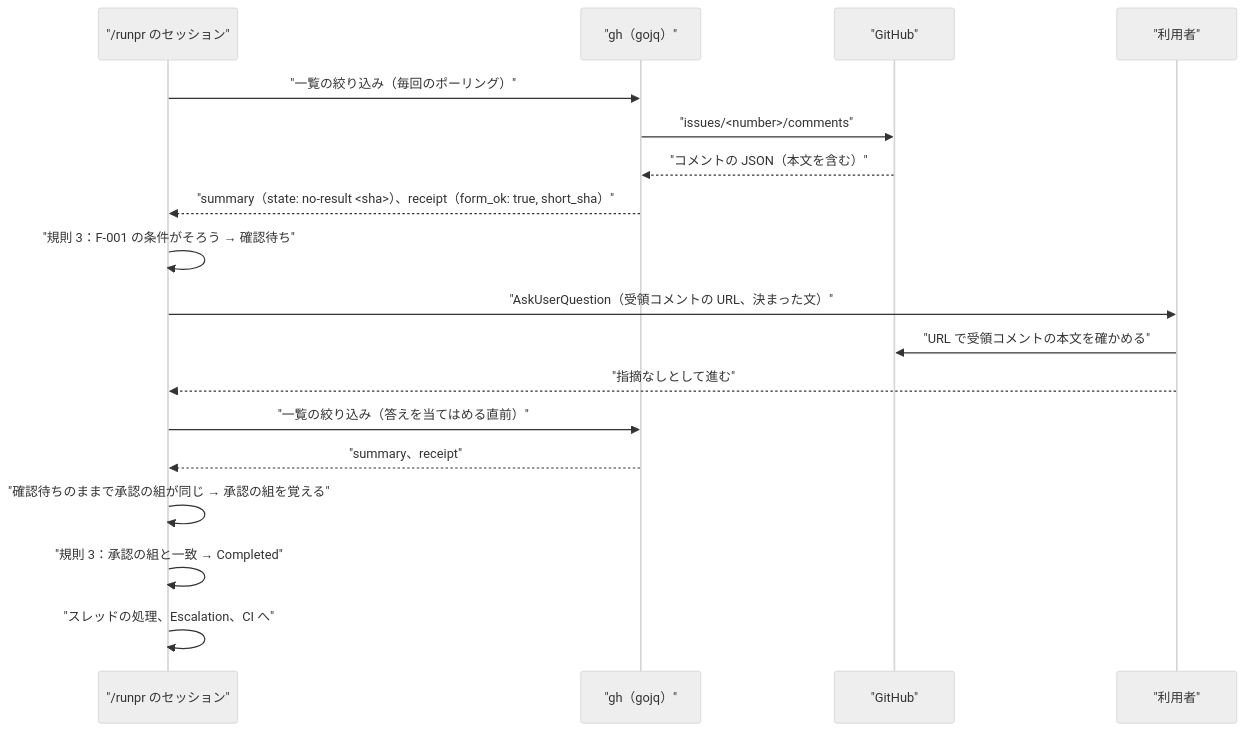
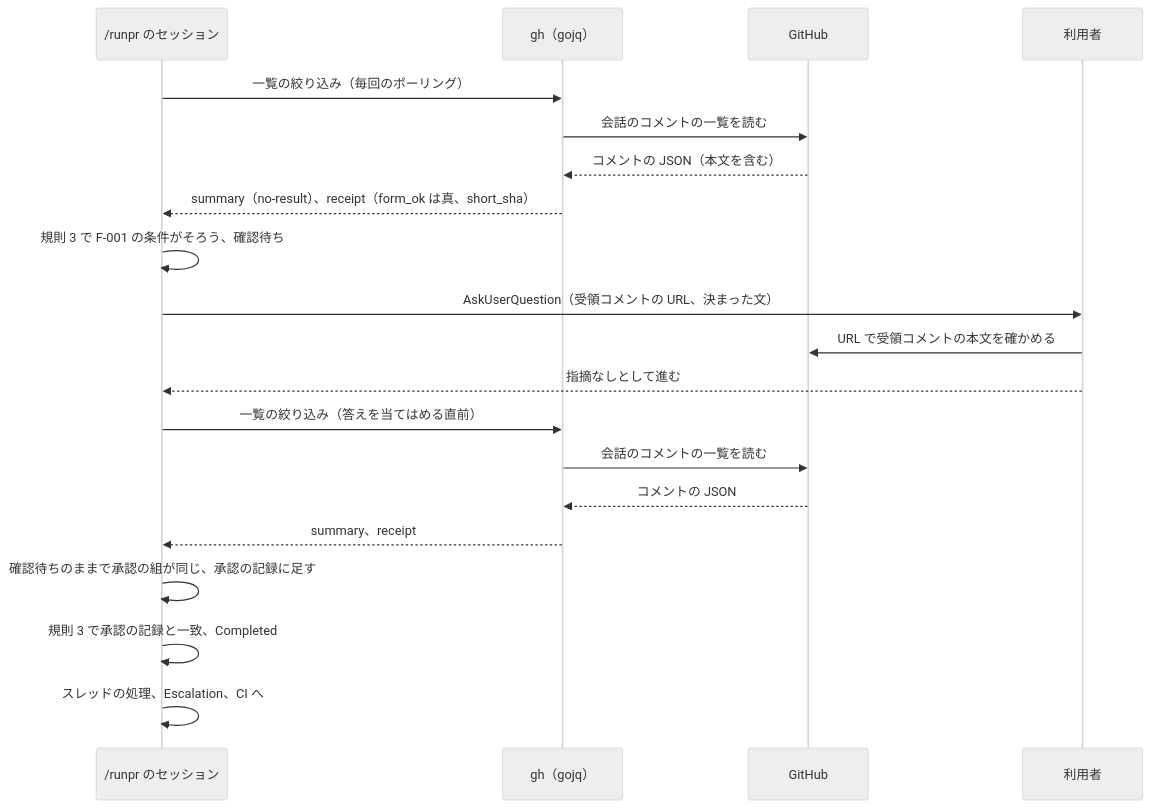
The third of 5 diagrams in docs/tasks/0108_codex_null_findings_receipt/02_architecture.md (isseis/yt2column), drawn with Mermaid (neutral theme) before and after one commit. The commit also changed other lines of this file, not shown here.

First line of the commit message:
docs(0108): address the architecture review and polish the Japanese

````diff
--- a/docs/tasks/0108_codex_null_findings_receipt/02_architecture.md
+++ b/docs/tasks/0108_codex_null_findings_receipt/02_architecture.md
@@ -207,21 +231,23 @@
 ```mermaid
 sequenceDiagram
-    participant S as "/runpr のセッション"
-    participant G as "gh（gojq）"
-    participant H as "GitHub"
-    participant U as "利用者"
+    participant S as /runpr のセッション
+    participant G as gh（gojq）
+    participant H as GitHub
+    participant U as 利用者
 
-    S->>G: "一覧の絞り込み（毎回のポーリング）"
-    G->>H: "issues/<number>/comments"
-    H-->>G: "コメントの JSON（本文を含む）"
-    G-->>S: "summary（state: no-result <sha>）、receipt（form_ok: true, short_sha）"
-    S->>S: "規則 3：F-001 の条件がそろう → 確認待ち"
-    S->>U: "AskUserQuestion（受領コメントの URL、決まった文）"
-    U->>H: "URL で受領コメントの本文を確かめる"
-    U-->>S: "指摘なしとして進む"
-    S->>G: "一覧の絞り込み（答えを当てはめる直前）"
-    G-->>S: "summary、receipt"
-    S->>S: "確認待ちのままで承認の組が同じ → 承認の組を覚える"
-    S->>S: "規則 3：承認の組と一致 → Completed"
-    S->>S: "スレッドの処理、Escalation、CI へ"
+    S->>G: 一覧の絞り込み（毎回のポーリング）
+    G->>H: 会話のコメントの一覧を読む
+    H-->>G: コメントの JSON（本文を含む）
+    G-->>S: summary（no-result）、receipt（form_ok は真、short_sha）
+    S->>S: 規則 3 で F-001 の条件がそろう、確認待ち
+    S->>U: AskUserQuestion（受領コメントの URL、決まった文）
+    U->>H: URL で受領コメントの本文を確かめる
+    U-->>S: 指摘なしとして進む
+    S->>G: 一覧の絞り込み（答えを当てはめる直前）
+    G->>H: 会話のコメントの一覧を読む
+    H-->>G: コメントの JSON
+    G-->>S: summary、receipt
+    S->>S: 確認待ちのままで承認の組が同じ、承認の記録に足す
+    S->>S: 規則 3 で承認の記録と一致、Completed
+    S->>S: スレッドの処理、Escalation、CI へ
 ```
````
